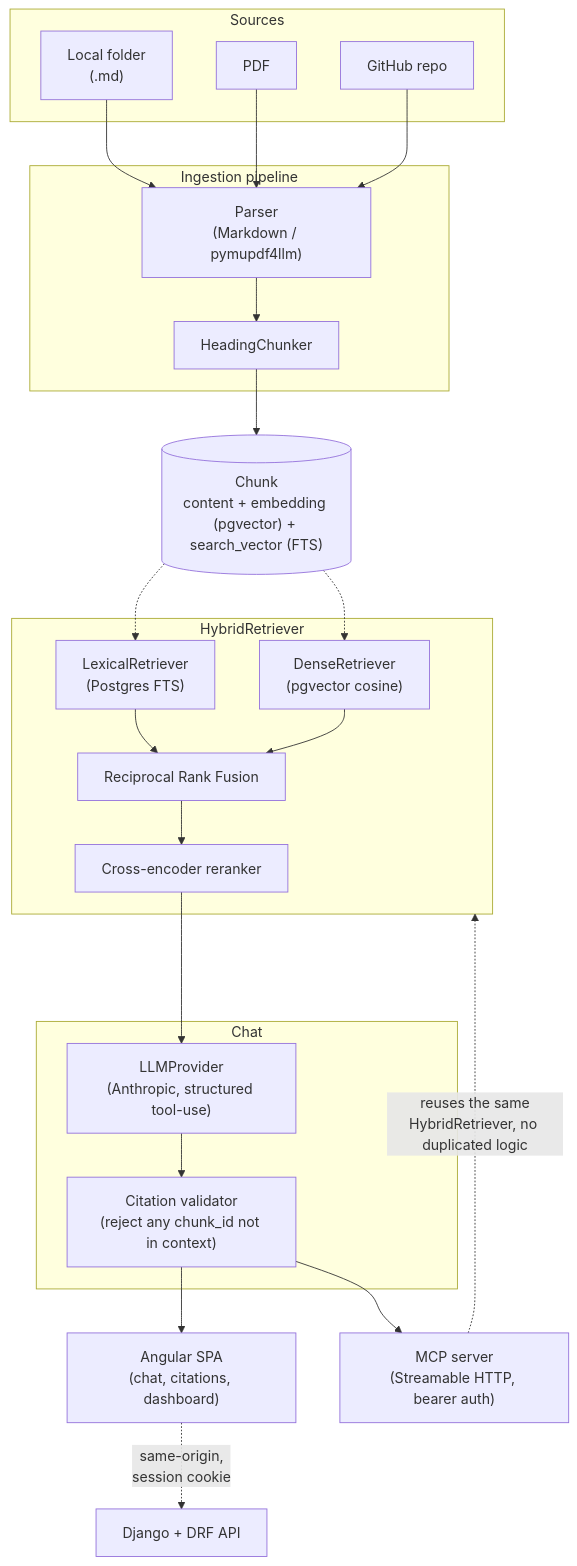
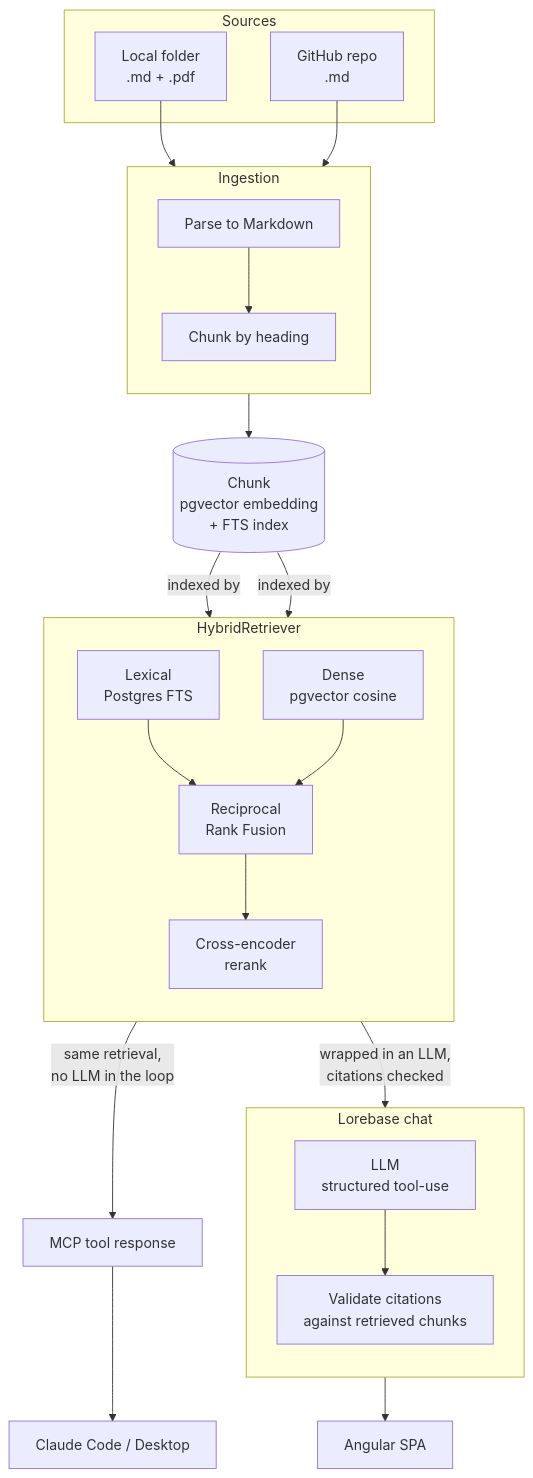
The diagram in README.md (murraco/lorebase), drawn with Mermaid before and after one commit. The commit also changed other lines of this file and 5 other files, not shown here.

Commit message:
Rework the README with fresh screenshots, a corrected architecture diagram, and setup docs

````diff
--- a/README.md
+++ b/README.md
@@ -52,46 +52,46 @@
 ```mermaid
 flowchart TB
-    subgraph sources["Sources"]
-        local["Local folder<br/>(.md)"]
-        pdf["PDF"]
-        gh["GitHub repo"]
+    subgraph SRC["Sources"]
+        local["Local folder<br/>.md + .pdf"]
+        gh["GitHub repo<br/>.md"]
     end
 
-    subgraph ingest["Ingestion pipeline"]
-        parse["Parser<br/>(Markdown / pymupdf4llm)"]
-        chunk["HeadingChunker"]
+    subgraph ING["Ingestion"]
+        direction TB
+        parse["Parse to Markdown"]
+        chunk["Chunk by heading"]
+        parse --> chunk
     end
 
-    local --> parse
-    pdf --> parse
-    gh --> parse
-    parse --> chunk
-    chunk --> db[("Chunk<br/>content + embedding (pgvector) + search_vector (FTS)")]
+    store[("Chunk<br/>pgvector embedding<br/>+ FTS index")]
 
-    subgraph retrieval["HybridRetriever"]
-        lex["LexicalRetriever<br/>(Postgres FTS)"]
-        dense["DenseRetriever<br/>(pgvector cosine)"]
-        rrf["Reciprocal Rank Fusion"]
-        rerank["Cross-encoder reranker"]
+    subgraph RET["HybridRetriever"]
+        direction TB
+        lex["Lexical<br/>Postgres FTS"]
+        dense["Dense<br/>pgvector cosine"]
+        rrf["Reciprocal<br/>Rank Fusion"]
+        rerank["Cross-encoder<br/>rerank"]
         lex --> rrf
         dense --> rrf
         rrf --> rerank
     end
 
-    db -.-> lex
-    db -.-> dense
-
-    subgraph chat["Chat"]
-        llm["LLMProvider<br/>(Anthropic, structured tool-use)"]
-        verify["Citation validator<br/>(reject any chunk_id not in context)"]
+    subgraph CHAT["Lorebase chat"]
+        direction TB
+        llm["LLM<br/>structured tool-use"]
+        verify["Validate citations<br/>against retrieved chunks"]
         llm --> verify
     end
 
-    rerank --> llm
+    local --> parse
+    gh --> parse
+    chunk --> store
+    store -->|indexed by| lex
+    store -->|indexed by| dense
 
-    verify --> angular["Angular SPA<br/>(chat, citations, dashboard)"]
-    verify --> mcp["MCP server<br/>(Streamable HTTP, bearer auth)"]
+    rerank -->|"wrapped in an LLM,<br/>citations checked"| llm
+    rerank -->|"same retrieval,<br/>no LLM in the loop"| mcp["MCP tool response"]
 
-    angular -.->|"same-origin,<br/>session cookie"| api["Django + DRF API"]
-    mcp -.->|"reuses the same<br/>HybridRetriever, no duplicated logic"| retrieval
+    verify --> spa["Angular SPA"]
+    mcp --> claude["Claude Code / Desktop"]
 ```
````
